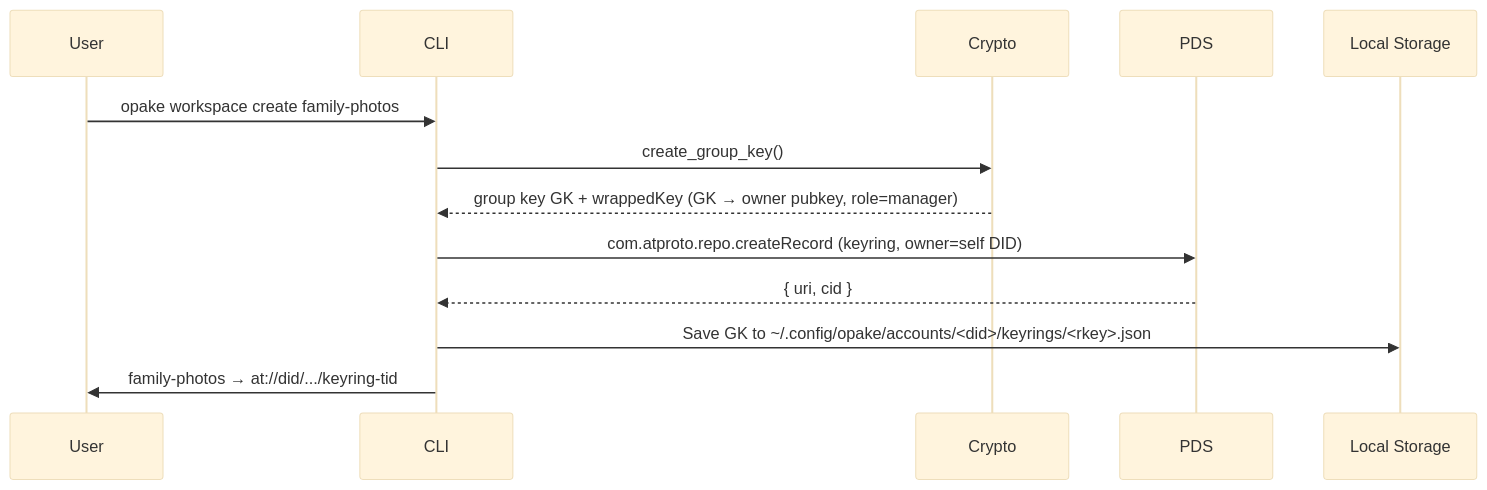
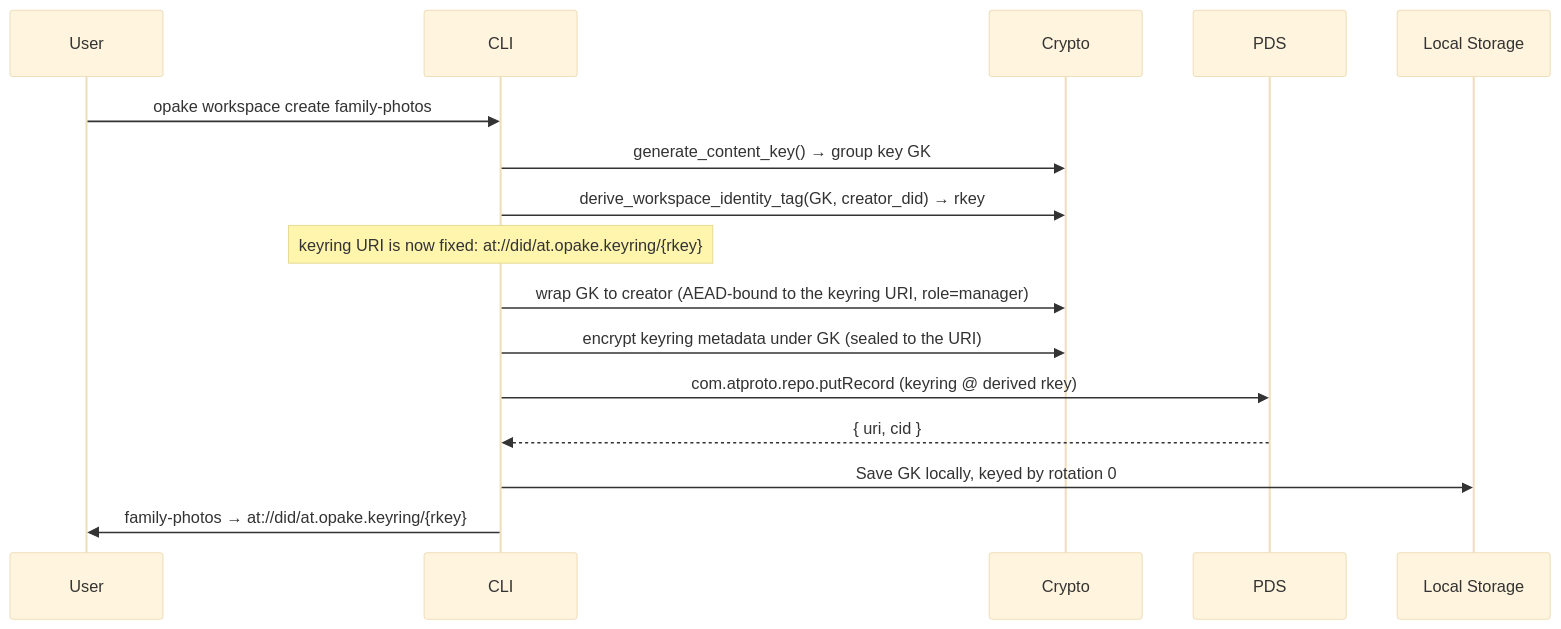
One commit to Sans-Self/Opake changed the second of 8 diagrams in docs/flows/keyrings.md. Above: the diagram before and after it, drawn with Mermaid (base theme). The commit also changed other lines of this file and 35 other files, not shown here.

````diff
--- a/docs/flows/keyrings.md
+++ b/docs/flows/keyrings.md
@@ -36,20 +40,24 @@
 ```mermaid
 sequenceDiagram
     participant User
     participant CLI
     participant Crypto
     participant PDS
     participant Disk as Local Storage
 
     User->>CLI: opake workspace create family-photos
 
-    CLI->>Crypto: create_group_key()
-    Crypto-->>CLI: group key GK + wrappedKey (GK → owner pubkey, role=manager)
+    CLI->>Crypto: generate_content_key() → group key GK
+    CLI->>Crypto: derive_workspace_identity_tag(GK, creator_did) → rkey
+    Note over CLI: keyring URI is now fixed: at://did/at.opake.keyring/{rkey}
 
-    CLI->>PDS: com.atproto.repo.createRecord (keyring, owner=self DID)
+    CLI->>Crypto: wrap GK to creator (AEAD-bound to the keyring URI, role=manager)
+    CLI->>Crypto: encrypt keyring metadata under GK (sealed to the URI)
+
+    CLI->>PDS: com.atproto.repo.putRecord (keyring @ derived rkey)
     PDS-->>CLI: { uri, cid }
 
-    CLI->>Disk: Save GK to ~/.config/opake/accounts/<did>/keyrings/<rkey>.json
+    CLI->>Disk: Save GK locally, keyed by rotation 0
 
-    CLI->>User: family-photos → at://did/.../keyring-tid
+    CLI->>User: family-photos → at://did/at.opake.keyring/{rkey}
 ```
````
